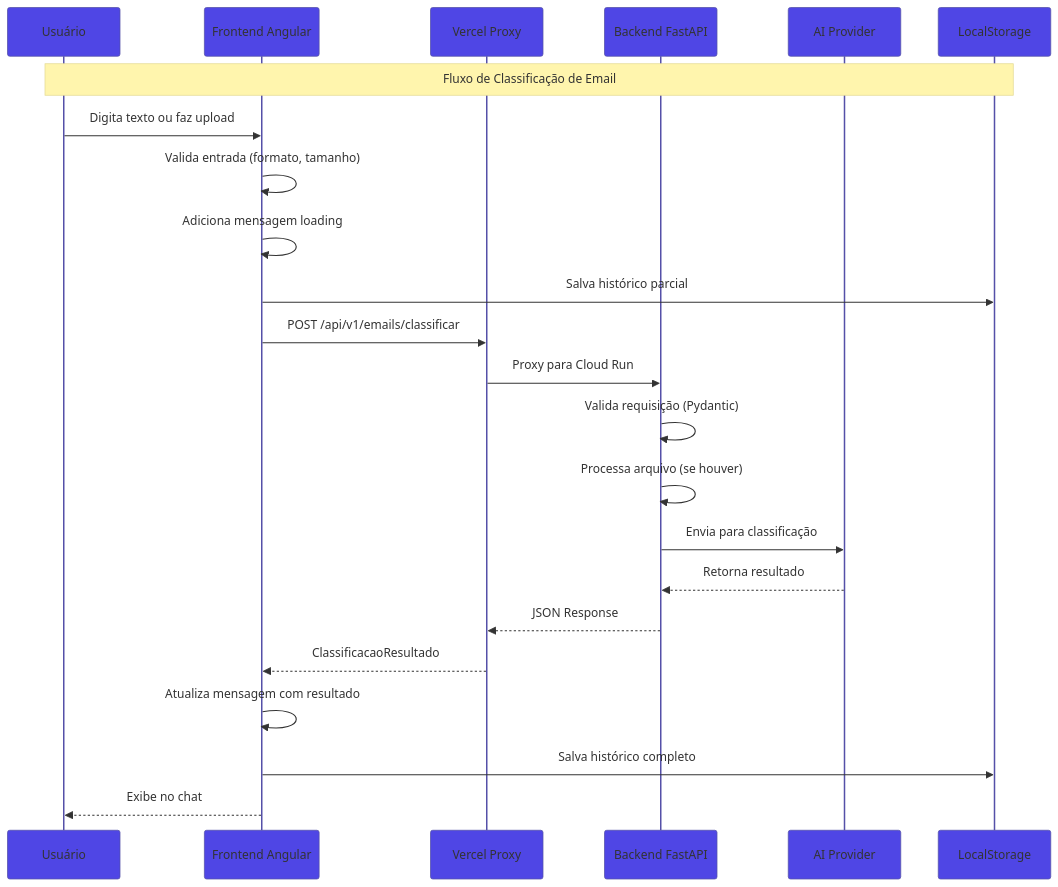
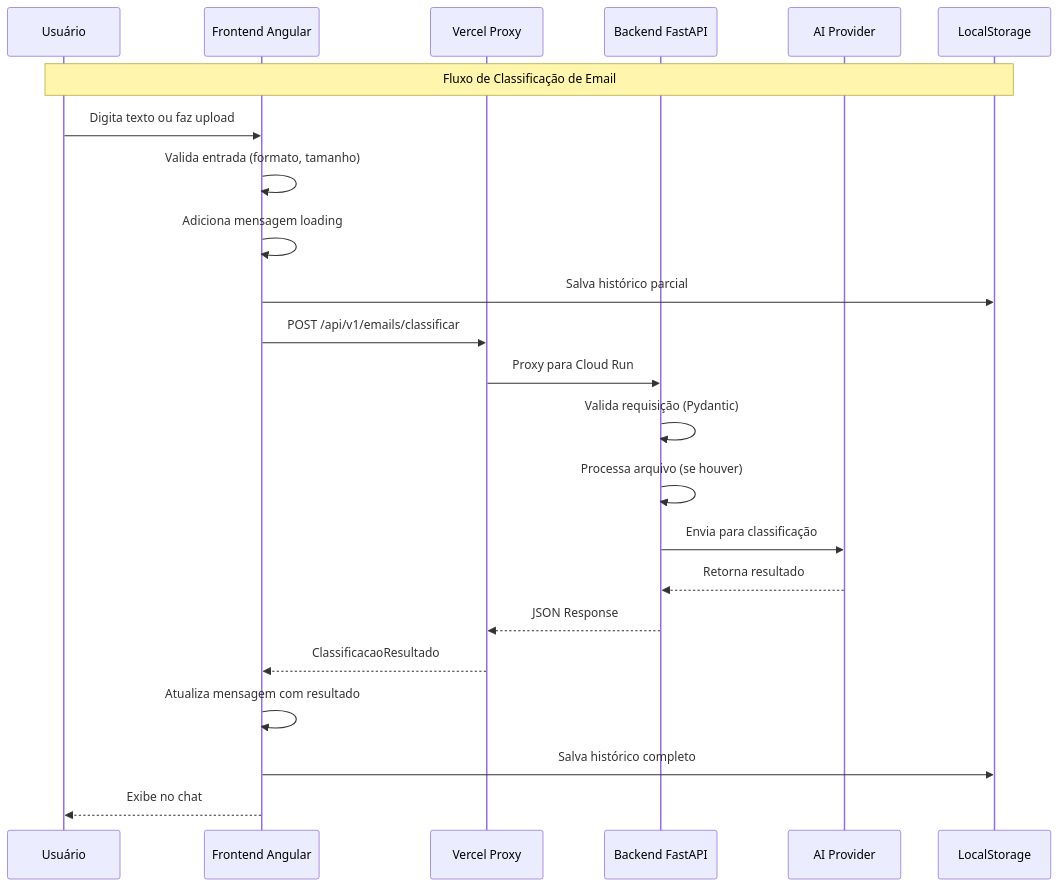
One commit to wmakeouthill/certificados-wesley changed the second of 4 diagrams in portfolio-content/projects/desafio_fullstack.md. Above: the diagram before and after it, drawn with Mermaid. The commit also changed other lines of this file and 3 other files, not shown here.

````diff
--- a/portfolio-content/projects/desafio_fullstack.md
+++ b/portfolio-content/projects/desafio_fullstack.md
@@ -196,28 +196,28 @@
 ```mermaid
-%%{init: {'theme': 'base', 'themeVariables': { 'primaryColor': '#4f46e5'}}}%%
+%%{title: "Fluxo de Comunicação da Classificação de Email"}%%
 sequenceDiagram
     participant U as Usuário
     participant F as Frontend Angular
     participant V as Vercel Proxy
     participant B as Backend FastAPI
     participant AI as AI Provider
     participant LS as LocalStorage
 
     Note over U,LS: Fluxo de Classificação de Email
 
     U->>F: Digita texto ou faz upload
     F->>F: Valida entrada (formato, tamanho)
     F->>F: Adiciona mensagem loading
     F->>LS: Salva histórico parcial
     F->>V: POST /api/v1/emails/classificar
     V->>B: Proxy para Cloud Run
     B->>B: Valida requisição (Pydantic)
     B->>B: Processa arquivo (se houver)
     B->>AI: Envia para classificação
     AI-->>B: Retorna resultado
     B-->>V: JSON Response
     V-->>F: ClassificacaoResultado
     F->>F: Atualiza mensagem com resultado
     F->>LS: Salva histórico completo
     F-->>U: Exibe no chat
 ```
````
